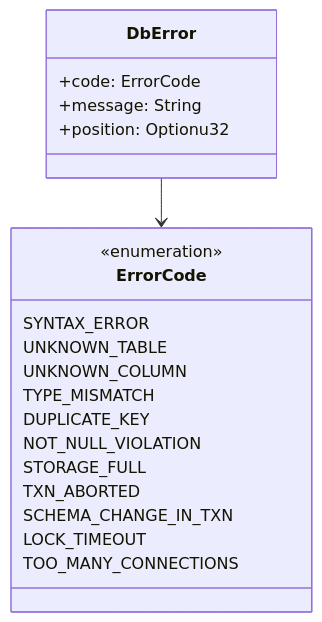
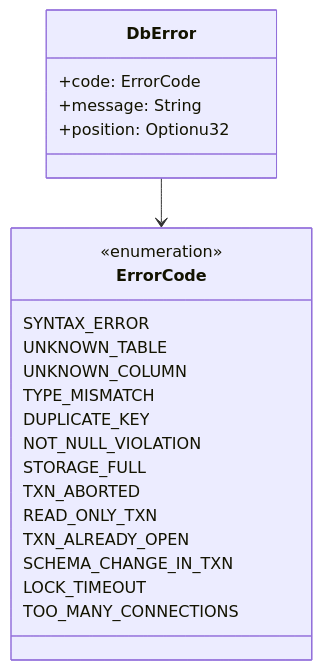
The eighth of 8 diagrams in docs/internals.md (mAzurkovic/garibaldb), drawn with Mermaid before and after one commit. The commit also changed 26 other files, not shown here.

````diff
--- a/docs/internals.md
+++ b/docs/internals.md
@@ -487,23 +487,25 @@
 ```mermaid
 classDiagram
     class ErrorCode {
         <<enumeration>>
         SYNTAX_ERROR
         UNKNOWN_TABLE
         UNKNOWN_COLUMN
         TYPE_MISMATCH
         DUPLICATE_KEY
         NOT_NULL_VIOLATION
         STORAGE_FULL
         TXN_ABORTED
+        READ_ONLY_TXN
+        TXN_ALREADY_OPEN
         SCHEMA_CHANGE_IN_TXN
         LOCK_TIMEOUT
         TOO_MANY_CONNECTIONS
     }
     class DbError {
         +code: ErrorCode
         +message: String
         +position: Optionu32
     }
     DbError --> ErrorCode
 ```
````
